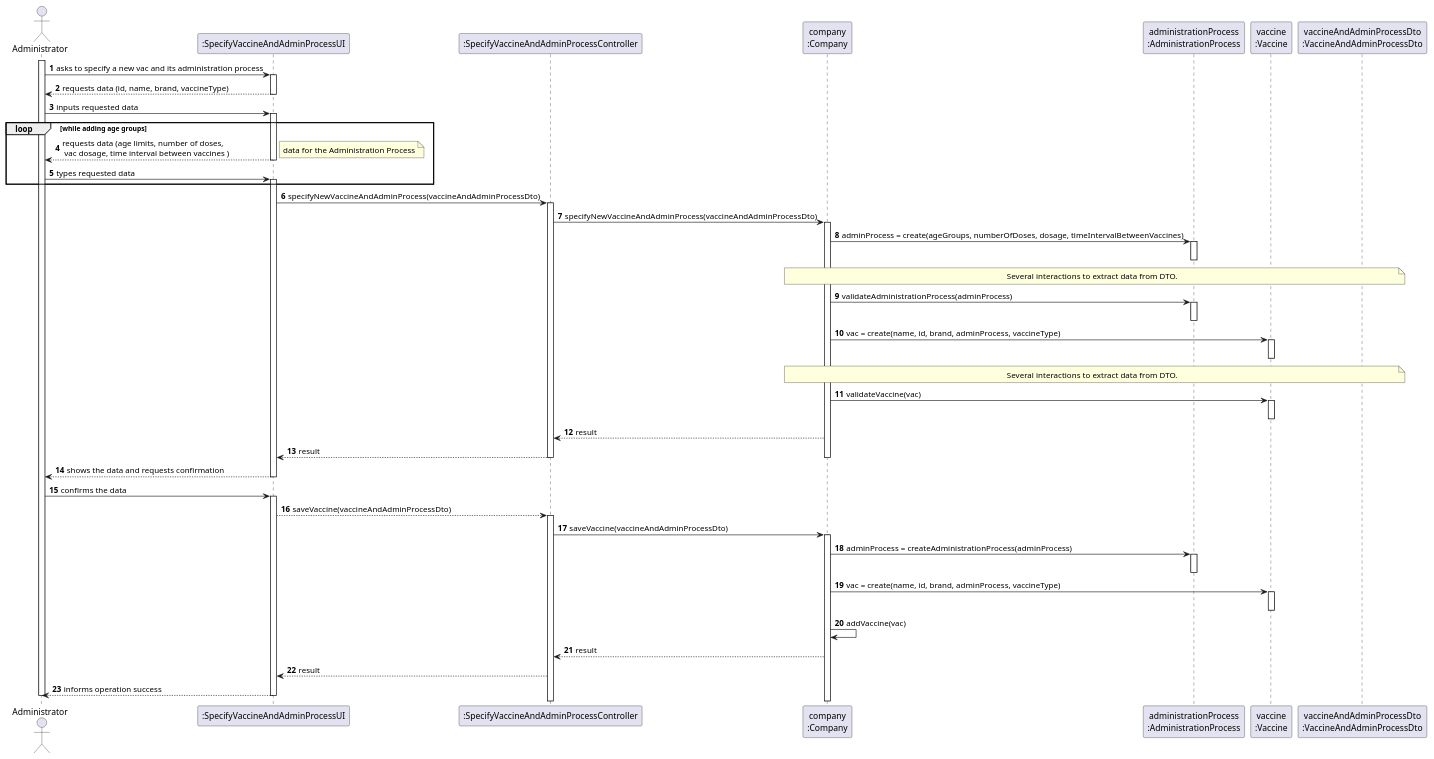
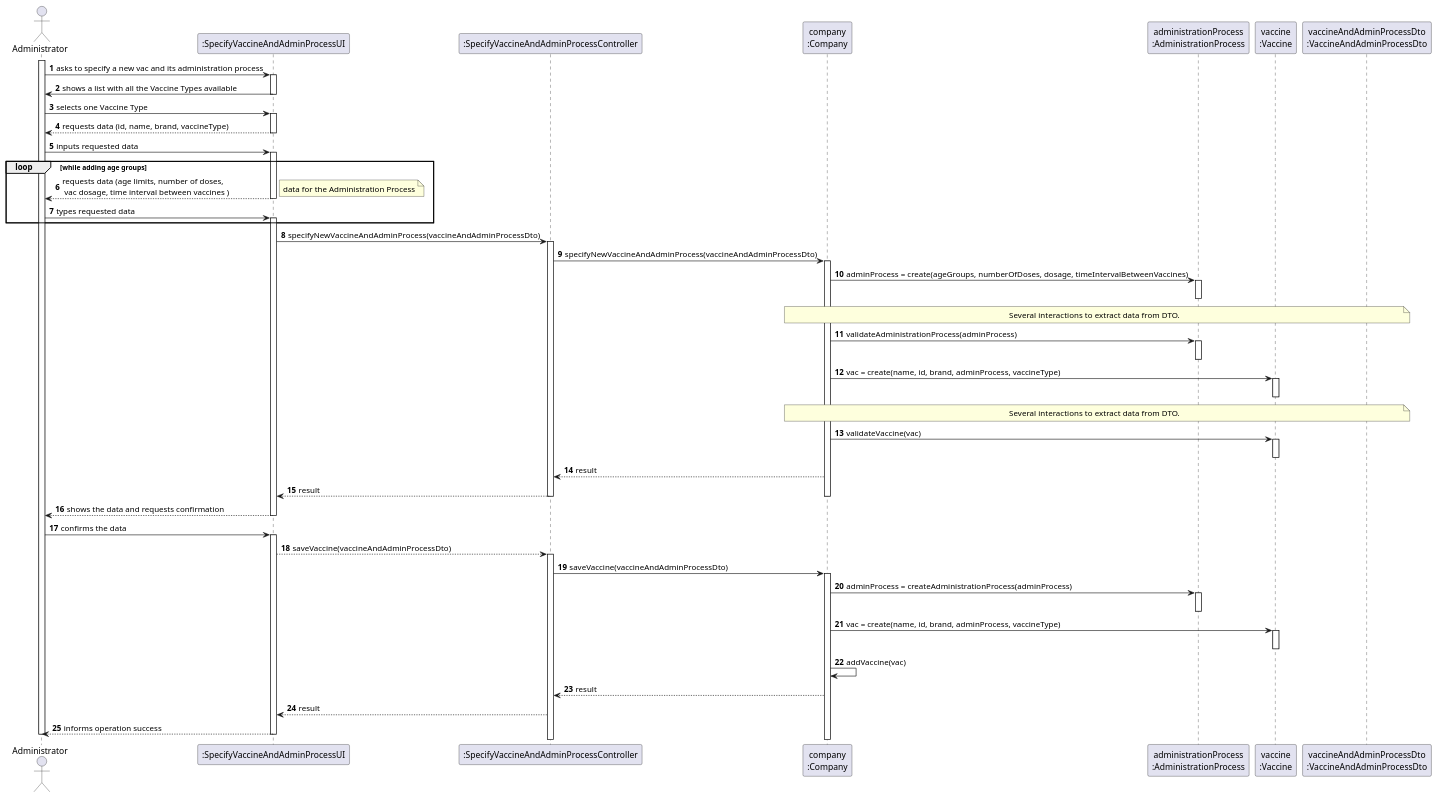
The diagram in docs/SprintB/US013/US013_SD.puml (Pirussa/lei-22-s2-1da-g02), drawn with PlantUML before and after one commit. The commit also changed 5 other files, not shown here.

```diff
--- a/docs/SprintB/US013/US013_SD.puml
+++ b/docs/SprintB/US013/US013_SD.puml
@@ -1,100 +1,110 @@
 @startuml
 
 autonumber
 
 actor Administrator as A
 
 participant ":SpecifyVaccineAndAdminProcessUI" as UI
 participant ":SpecifyVaccineAndAdminProcessController" as CTRL
 participant "company\n:Company" as C
 participant "administrationProcess\n:AdministrationProcess" as AP
 participant "vaccine\n:Vaccine" as V
 participant "vaccineAndAdminProcessDto\n:VaccineAndAdminProcessDto" as DTO
 
 activate A
 A -> UI :asks to specify a new vac and its administration process
+
+activate UI
+UI-> A : shows a list with all the Vaccine Types available
+deactivate UI
+
+
+A-> UI : selects one Vaccine Type
+
+
+
 activate UI
 UI --> A : requests data (id, name, brand, vaccineType)
 deactivate UI
 
 A -> UI : inputs requested data
 
 activate UI
 
 loop while adding age groups
  UI --> A : requests data (age limits, number of doses,\n vac dosage, time interval between vaccines )
 
 deactivate UI
 note right
 data for the Administration Process
 end note
 
 
 A -> UI : types requested data
 activate UI
 
 end
 
 
 
 activate UI
 UI -> CTRL : specifyNewVaccineAndAdminProcess(vaccineAndAdminProcessDto)
 
 activate CTRL
 CTRL -> C : specifyNewVaccineAndAdminProcess(vaccineAndAdminProcessDto)
 
 activate C
 C -> AP : adminProcess = create(ageGroups, numberOfDoses, dosage, timeIntervalBetweenVaccines)
 
 note over C, DTO : Several interactions to extract data from DTO.
 
 
 activate AP
 deactivate AP
 
 C -> AP : validateAdministrationProcess(adminProcess)
 activate AP
 deactivate AP
 
 
 C -> V : vac = create(name, id, brand, adminProcess, vaccineType)
 note over C, DTO : Several interactions to extract data from DTO.
 
 activate V
 deactivate V
 
 C -> V : validateVaccine(vac)
 activate V
 deactivate V
 C --> CTRL : result
 CTRL --> UI : result
 deactivate CTRL
 deactivate C
 UI --> A : shows the data and requests confirmation
 deactivate UI
 A -> UI : confirms the data
 activate UI
 UI --> CTRL : saveVaccine(vaccineAndAdminProcessDto)
 
 activate CTRL
 
 CTRL -> C : saveVaccine(vaccineAndAdminProcessDto)
 
 activate C
 C -> AP : adminProcess = createAdministrationProcess(adminProcess)
 activate AP
 deactivate AP
 C -> V :vac = create(name, id, brand, adminProcess, vaccineType)
 activate V
 deactivate V
 
 C -> C : addVaccine(vac)
 
 
 
 C --> CTRL : result
 CTRL ---> UI : result
 UI --> A : informs operation success
 deactivate UI
 deactivate A
 @enduml
```
